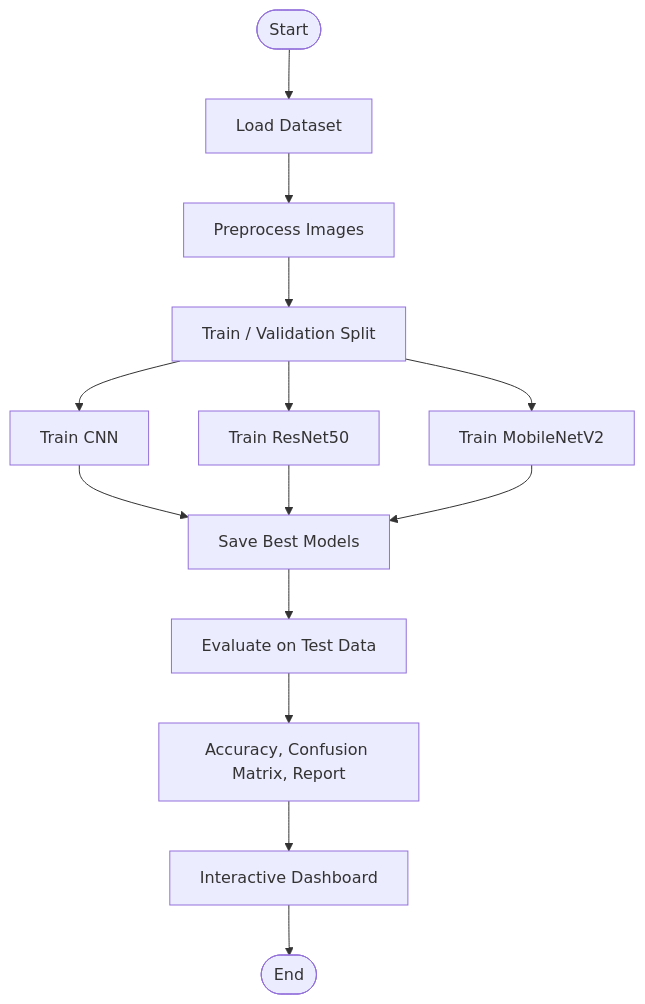
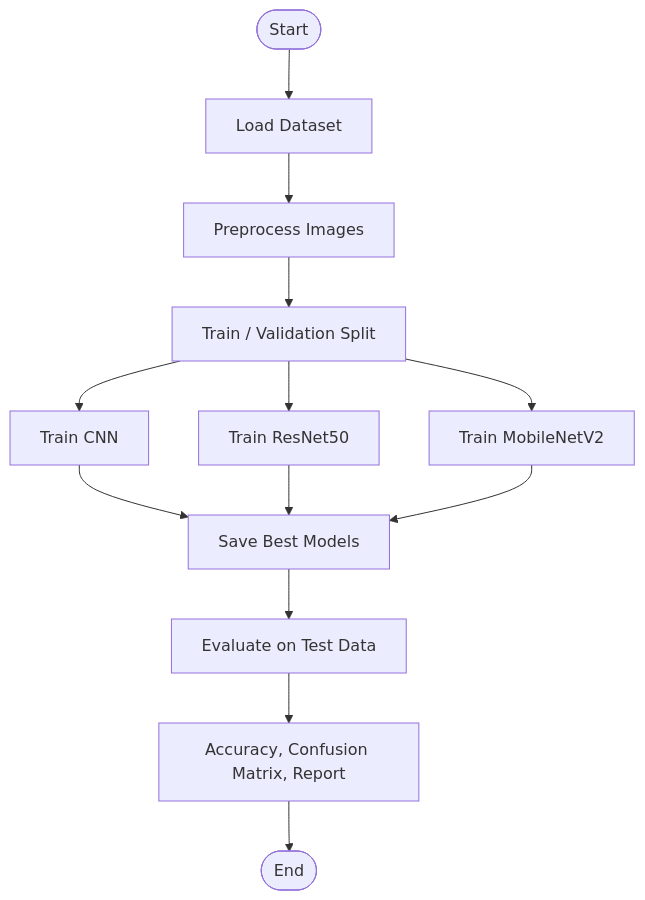
One commit to shazam-25/gtsrb-classification changed the first of 2 diagrams in README.md. Above: the diagram before and after it, drawn with Mermaid.

Commit message:
Modified Operational flowchart

````diff
--- a/README.md
+++ b/README.md
@@ -66,20 +66,19 @@
 ```mermaid
 flowchart TD
     Start([Start]) --> LoadData[Load Dataset]
     LoadData --> Preprocess[Preprocess Images]
     Preprocess --> Split[Train / Validation Split]
 
     Split --> TrainCNN[Train CNN]
     Split --> TrainResNet[Train ResNet50]
     Split --> TrainMobile[Train MobileNetV2]
 
     TrainCNN --> SaveModels[Save Best Models]
     TrainResNet --> SaveModels
     TrainMobile --> SaveModels
 
     SaveModels --> Evaluate[Evaluate on Test Data]
     Evaluate --> Metrics[Accuracy, Confusion Matrix, Report]
 
-    Metrics --> Dashboard[Interactive Dashboard]
-    Dashboard --> End([End])
+    Metrics --> End([End])
 ```
````
